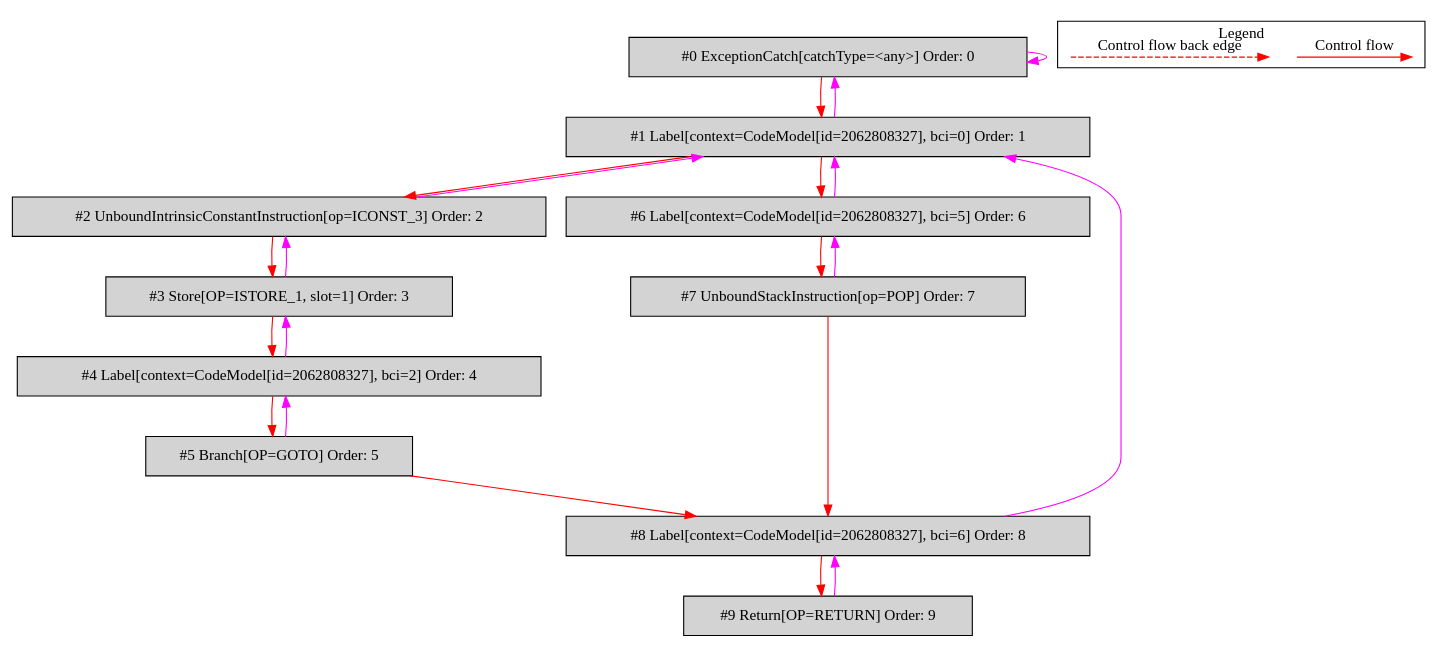
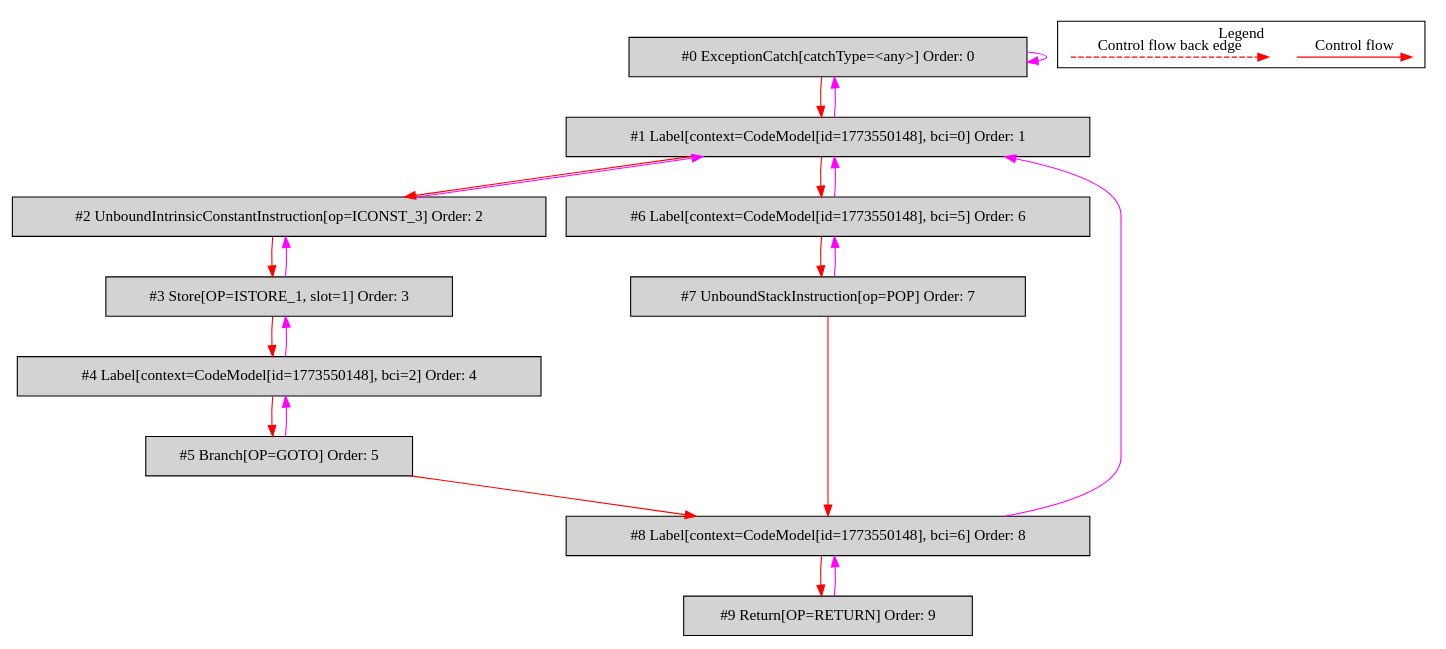
One commit to mirkosertic/MetaIR changed the diagram in de.mirkosertic.metair.ir.OpcodeTryCatchTest/test_SimpleCatchAll/bytecodecfg.dot. Above: the diagram before and after it, drawn with Graphviz. The commit also changed 1499 other files, not shown here.

```diff
--- a/de.mirkosertic.metair.ir.OpcodeTryCatchTest/test_SimpleCatchAll/bytecodecfg.dot
+++ b/de.mirkosertic.metair.ir.OpcodeTryCatchTest/test_SimpleCatchAll/bytecodecfg.dot
@@ -1,47 +1,47 @@
 digraph {
  ordering="in";
  node0[label="#0 ExceptionCatch[catchType=<any>] Order: 0", shape=box, fillcolor=lightgrey, style=filled];
- node1[label="#1 Label[context=CodeModel[id=2062808327], bci=0] Order: 1", shape=box, fillcolor=lightgrey, style=filled];
+ node1[label="#1 Label[context=CodeModel[id=1773550148], bci=0] Order: 1", shape=box, fillcolor=lightgrey, style=filled];
  node2[label="#2 UnboundIntrinsicConstantInstruction[op=ICONST_3] Order: 2", shape=box, fillcolor=lightgrey, style=filled];
  node3[label="#3 Store[OP=ISTORE_1, slot=1] Order: 3", shape=box, fillcolor=lightgrey, style=filled];
- node4[label="#4 Label[context=CodeModel[id=2062808327], bci=2] Order: 4", shape=box, fillcolor=lightgrey, style=filled];
+ node4[label="#4 Label[context=CodeModel[id=1773550148], bci=2] Order: 4", shape=box, fillcolor=lightgrey, style=filled];
  node5[label="#5 Branch[OP=GOTO] Order: 5", shape=box, fillcolor=lightgrey, style=filled];
- node6[label="#6 Label[context=CodeModel[id=2062808327], bci=5] Order: 6", shape=box, fillcolor=lightgrey, style=filled];
+ node6[label="#6 Label[context=CodeModel[id=1773550148], bci=5] Order: 6", shape=box, fillcolor=lightgrey, style=filled];
  node7[label="#7 UnboundStackInstruction[op=POP] Order: 7", shape=box, fillcolor=lightgrey, style=filled];
- node8[label="#8 Label[context=CodeModel[id=2062808327], bci=6] Order: 8", shape=box, fillcolor=lightgrey, style=filled];
+ node8[label="#8 Label[context=CodeModel[id=1773550148], bci=6] Order: 8", shape=box, fillcolor=lightgrey, style=filled];
  node9[label="#9 Return[OP=RETURN] Order: 9", shape=box, fillcolor=lightgrey, style=filled];
  node0 -> node0[color=fuchsia];
  node0 -> node1[color=red];
  node1 -> node0[color=fuchsia];
  node1 -> node2[color=red];
  node2 -> node1[color=fuchsia];
  node2 -> node3[color=red];
  node3 -> node2[color=fuchsia];
  node3 -> node4[color=red];
  node4 -> node3[color=fuchsia];
  node4 -> node5[color=red];
  node5 -> node4[color=fuchsia];
  node1 -> node6[color=red];
  node6 -> node1[color=fuchsia];
  node6 -> node7[color=red];
  node7 -> node6[color=fuchsia];
  node5 -> node8[color=red];
  node7 -> node8[color=red];
  node8 -> node1[color=fuchsia];
  node8 -> node9[color=red];
  node9 -> node8[color=fuchsia];
  subgraph cluster_000 {
   label = "Legend";
   node [shape=point]
   {
    rank=same;
    c0 [style = invis];
    c1 [style = invis];
    c2 [style = invis];
    c3 [style = invis];
   }
   c0 -> c1 [label="Control flow", style=solid, color=red]
   c2 -> c3 [label="Control flow back edge", style=dashed, color=red]
  }
 
 }
```
